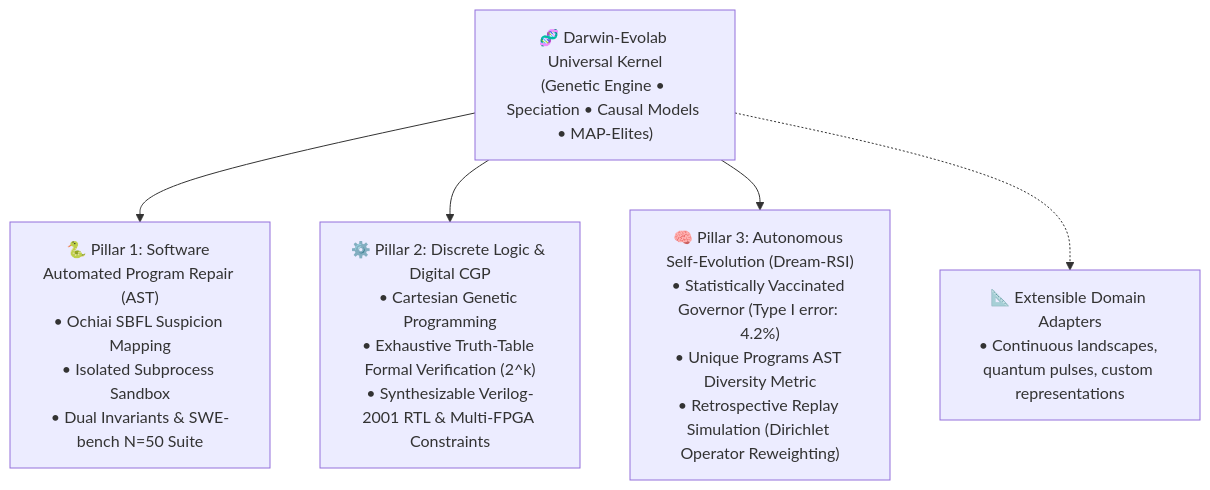
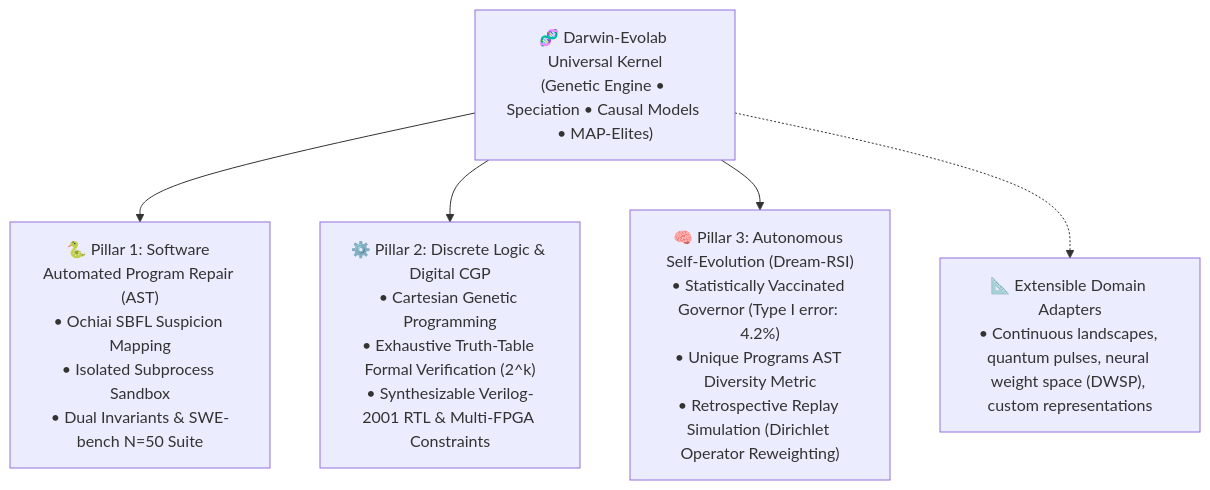
One commit to bio-colab/darwin-evolab changed the first of 2 diagrams in README.md. Above: the diagram before and after it, drawn with Mermaid. The commit also changed other lines of this file and 3 other files, not shown here.

Commit message:
docs: synchronize test counts, version numbers, and DWSP domain across all documentation

````diff
--- a/README.md
+++ b/README.md
@@ -174,12 +175,12 @@
 ```mermaid
 graph TD
     Kernel["🧬 Darwin-Evolab Universal Kernel<br/>(Genetic Engine • Speciation • Causal Models • MAP-Elites)"]
     
     Kernel --> Driver1["🐍 Pillar 1: Software Automated Program Repair (AST)<br/>• Ochiai SBFL Suspicion Mapping<br/>• Isolated Subprocess Sandbox<br/>• Dual Invariants & SWE-bench N=50 Suite"]
     
     Kernel --> Driver2["⚙️ Pillar 2: Discrete Logic & Digital CGP<br/>• Cartesian Genetic Programming<br/>• Exhaustive Truth-Table Formal Verification (2^k)<br/>• Synthesizable Verilog-2001 RTL & Multi-FPGA Constraints"]
     
     Kernel --> Driver3["🧠 Pillar 3: Autonomous Self-Evolution (Dream-RSI)<br/>• Statistically Vaccinated Governor (Type I error: 4.2%)<br/>• Unique Programs AST Diversity Metric<br/>• Retrospective Replay Simulation (Dirichlet Operator Reweighting)"]
 
-    Kernel -.-> DriverExt["📐 Extensible Domain Adapters<br/>• Continuous landscapes, quantum pulses, custom representations"]
+    Kernel -.-> DriverExt["📐 Extensible Domain Adapters<br/>• Continuous landscapes, quantum pulses, neural weight space (DWSP), custom representations"]
 ```
````
